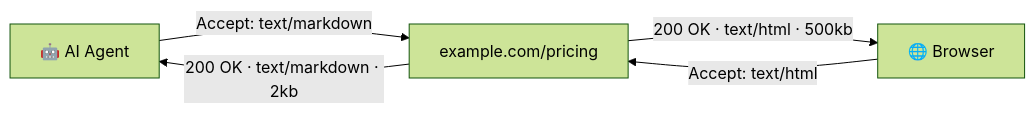
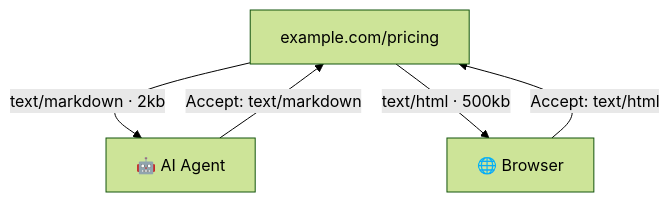
Before and after one commit to nabinkhair42/personal-website: the first of 2 diagrams in blog-content/the-web-is-splitting-in-two.mdx, drawn with Mermaid (forest theme). The commit also changed other lines of this file and 31 other files, not shown here.

````diff
--- a/blog-content/the-web-is-splitting-in-two.mdx
+++ b/blog-content/the-web-is-splitting-in-two.mdx
@@ -252,7 +252,8 @@
 ```mermaid
-flowchart LR
-    A["🤖 AI Agent"] -->|"Accept: text/markdown"| S["example.com/pricing"]
+flowchart TD
+    S["example.com/pricing"]
+    A["🤖 AI Agent"] -->|"Accept: text/markdown"| S
     B["🌐 Browser"] -->|"Accept: text/html"| S
-    S -->|"200 OK · text/markdown · 2kb"| A
-    S -->|"200 OK · text/html · 500kb"| B
+    S -->|"text/markdown · 2kb"| A
+    S -->|"text/html · 500kb"| B
 ```
````
